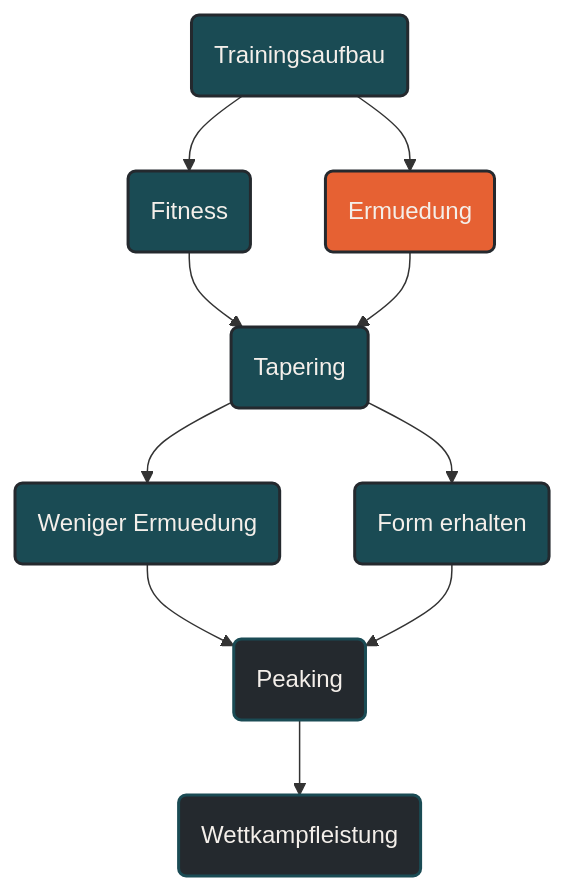
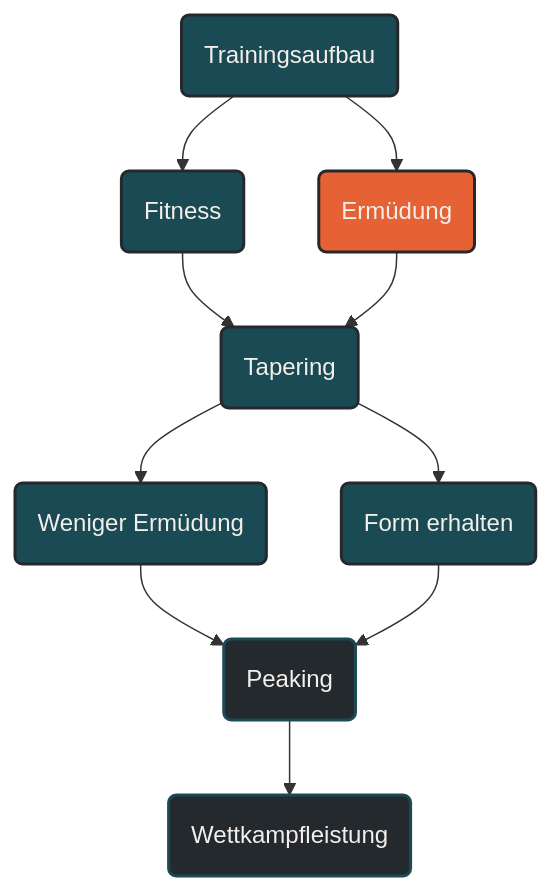
The diagram in content/00-ausdauersport/00-trainingswissenschaft/02-periodisierung/04-peaking.md (Quixos40K/ausdauersport-typemill), drawn with Mermaid before and after one commit.

Commit message:
Fix spelling of 'Ermuedung' to 'Ermüdung'

````diff
--- a/content/00-ausdauersport/00-trainingswissenschaft/02-periodisierung/04-peaking.md
+++ b/content/00-ausdauersport/00-trainingswissenschaft/02-periodisierung/04-peaking.md
@@ -195,26 +195,26 @@
 ```mermaid
 graph TD
     A(Trainingsaufbau) --> B(Fitness)
-    A --> C(Ermuedung)
+    A --> C(Ermüdung)
     B --> D(Tapering)
     C --> D
-    D --> E(Weniger Ermuedung)
+    D --> E(Weniger Ermüdung)
     D --> F(Form erhalten)
     E --> G(Peaking)
     F --> G
     G --> H(Wettkampfleistung)
 
     classDef default fill:#F4EFEA,stroke:#1A4B54,stroke-width:2px,color:#24292E;
     classDef primary fill:#1A4B54,stroke:#24292E,stroke-width:2px,color:#F4EFEA;
     classDef highlight fill:#E66133,stroke:#24292E,stroke-width:2px,color:#F4EFEA;
     classDef dark fill:#24292E,stroke:#1A4B54,stroke-width:2px,color:#F4EFEA;
 
     class A primary;
     class B primary;
     class C highlight;
     class D primary;
     class E primary;
     class F primary;
     class G dark;
     class H dark;
 ```
````
